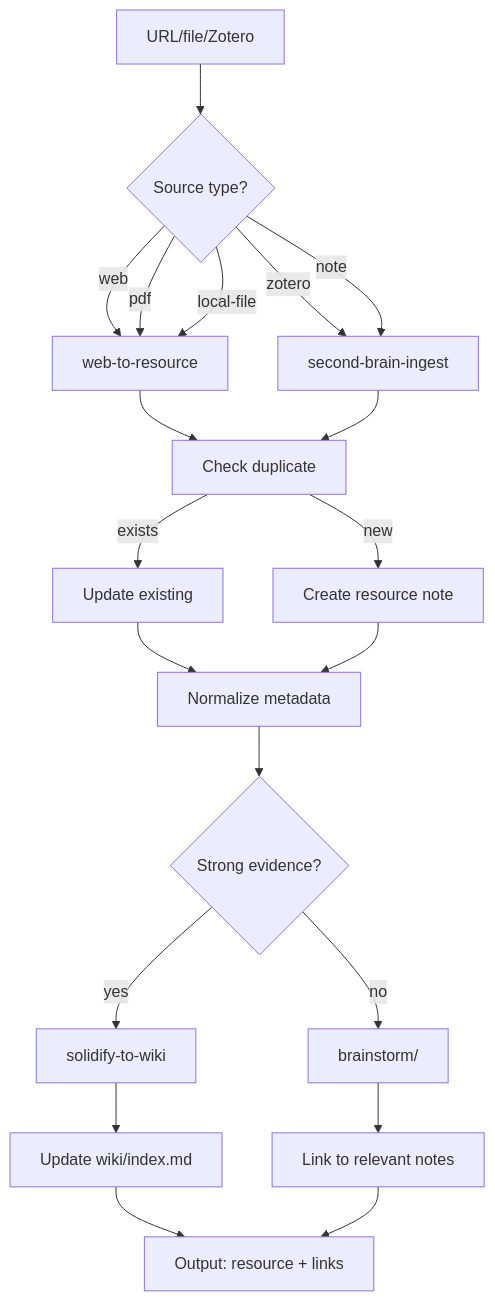
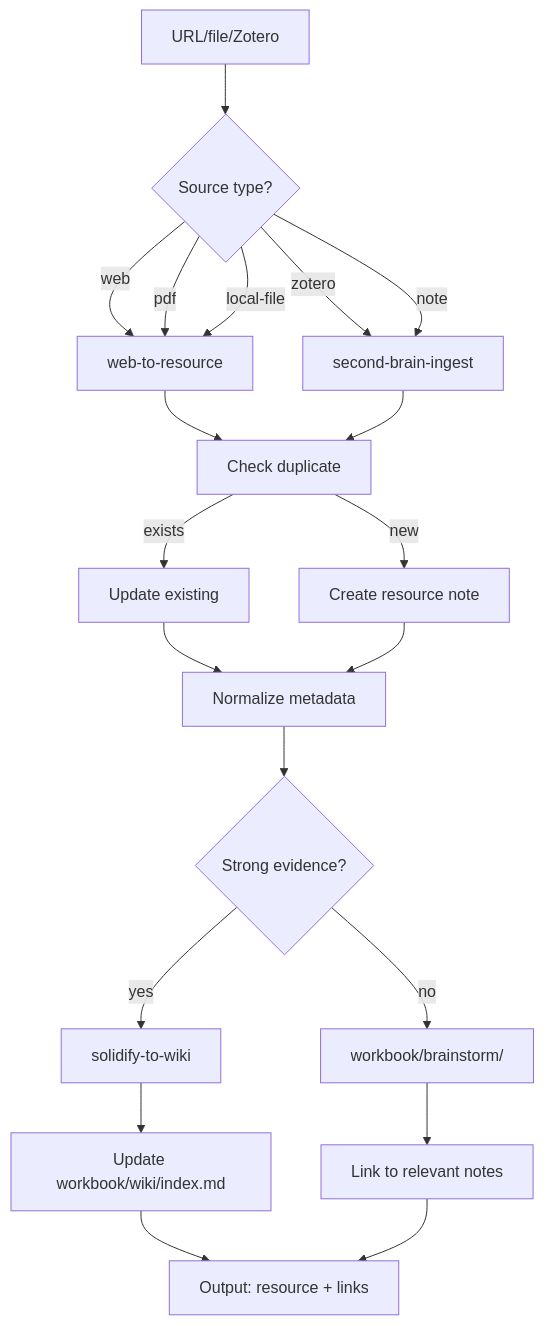
The fourth of 11 diagrams in docs/routing-flows.md (gengyabc/baicai-notebook), drawn with Mermaid before and after one commit. The commit also changed other lines of this file and 43 other files, not shown here.

````diff
--- a/docs/routing-flows.md
+++ b/docs/routing-flows.md
@@ -128,22 +128,22 @@
 ```mermaid
 flowchart TD
     A[URL/file/Zotero] --> B{Source type?}
     B -->|web| C[web-to-resource]
     B -->|pdf| C
     B -->|zotero| D[second-brain-ingest]
     B -->|local-file| C
     B -->|note| D
     C --> E[Check duplicate]
     D --> E
     E -->|exists| F[Update existing]
     E -->|new| G[Create resource note]
     F --> H[Normalize metadata]
     G --> H
     H --> I{Strong evidence?}
     I -->|yes| J[solidify-to-wiki]
-    I -->|no| K[brainstorm/]
-    J --> L[Update wiki/index.md]
+    I -->|no| K[workbook/brainstorm/]
+    J --> L[Update workbook/wiki/index.md]
     K --> M[Link to relevant notes]
     L --> N[Output: resource + links]
     M --> N
 ```
````
